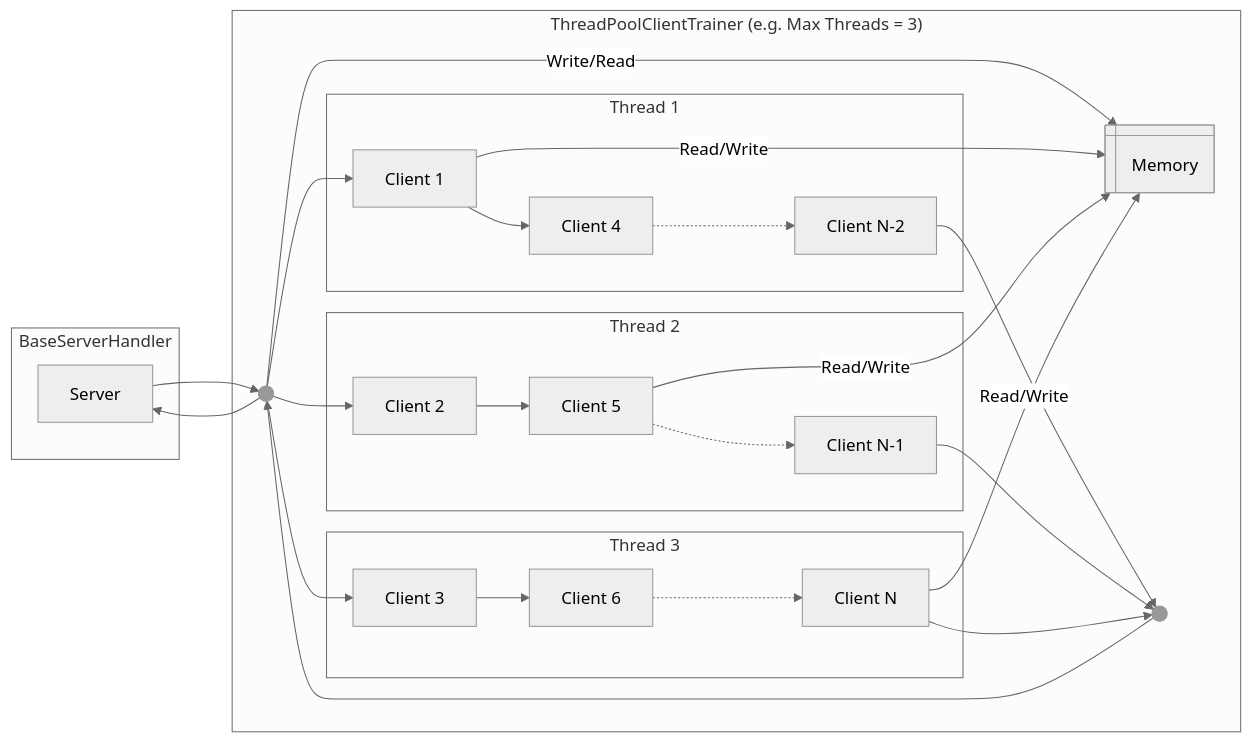
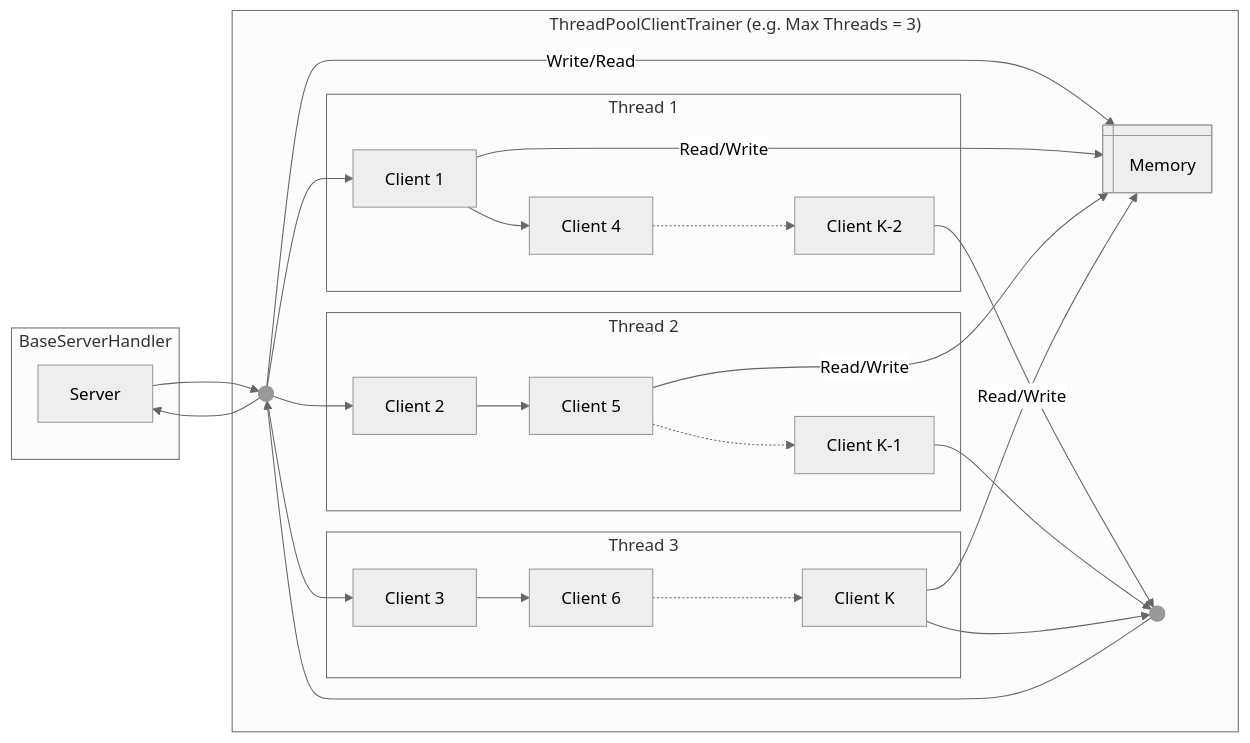
One commit to blazefl/blazefl changed the second of 3 diagrams in README.md. Above: the diagram before and after it, drawn with Mermaid (neutral theme). The commit also changed other lines of this file, not shown here.

Commit message:
docs: replace N with K in mermaid diagrams

````diff
--- a/README.md
+++ b/README.md
@@ -61,36 +61,36 @@
 ```mermaid
 graph LR
     subgraph "`BaseServerHandler`"
       STS[Server]
     end
 
     subgraph "ThreadPoolClientTrainer (e.g. Max Threads = 3)"
       MEM@{ shape: win-pane, label: "Memory" }
       STJ1@{ shape: f-circ, label: "Junction" }
       subgraph "Thread 1"
         ST1[Client 1] --> ST4[Client 4]
-        ST4 -.-> STN-2[Client N-2]
+        ST4 -.-> STK-2[Client K-2]
       end
       subgraph "Thread 2"
         ST2[Client 2] --> ST5[Client 5]
-        ST5 -.-> STN-1[Client N-1]
+        ST5 -.-> STK-1[Client K-1]
       end
       subgraph "Thread 3"
         ST3[Client 3] --> ST6[Client 6]
-        ST6 -.-> STN[Client N]
+        ST6 -.-> STK[Client K]
       end
       STJ1 --> ST1
       STJ1 --> ST2
       STJ1 --> ST3
-      STN-2 --> STJ2@{ shape: f-circ, label: "Junction" }
-      STN-1 --> STJ2
-      STN --> STJ2
+      STK-2 --> STJ2@{ shape: f-circ, label: "Junction" }
+      STK-1 --> STJ2
+      STK --> STJ2
       STJ2 --> STJ1
       STJ1 --Write/Read--> MEM
       ST1 --Read/Write--> MEM
       ST5 --Read/Write--> MEM
-      STN --Read/Write--> MEM
+      STK --Read/Write--> MEM
     end
     STJ1 --> STS
     STS --> STJ1
 ```
````
